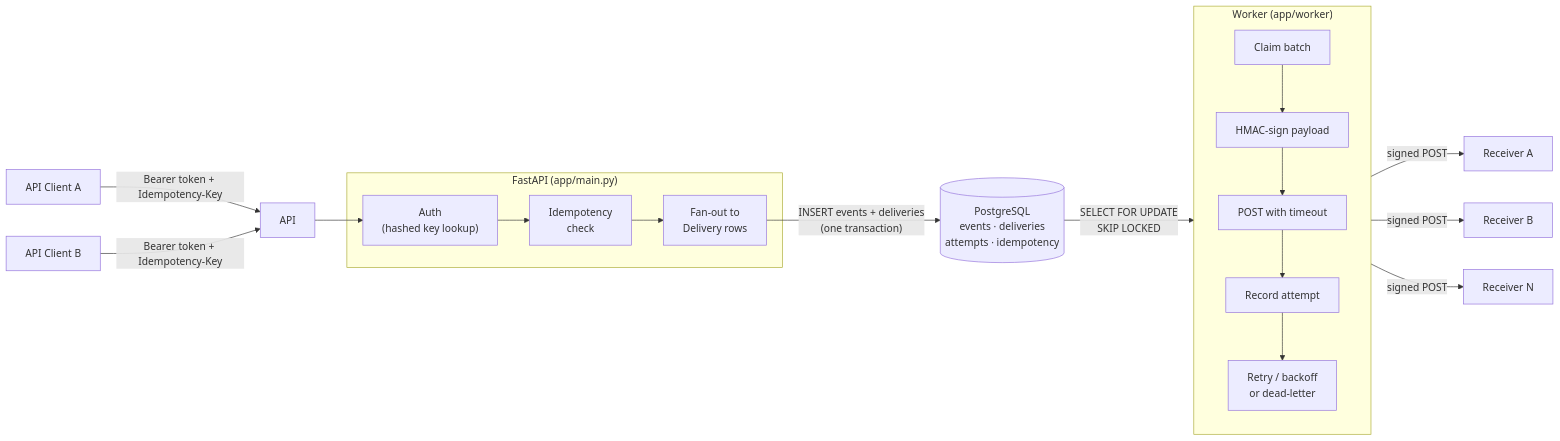
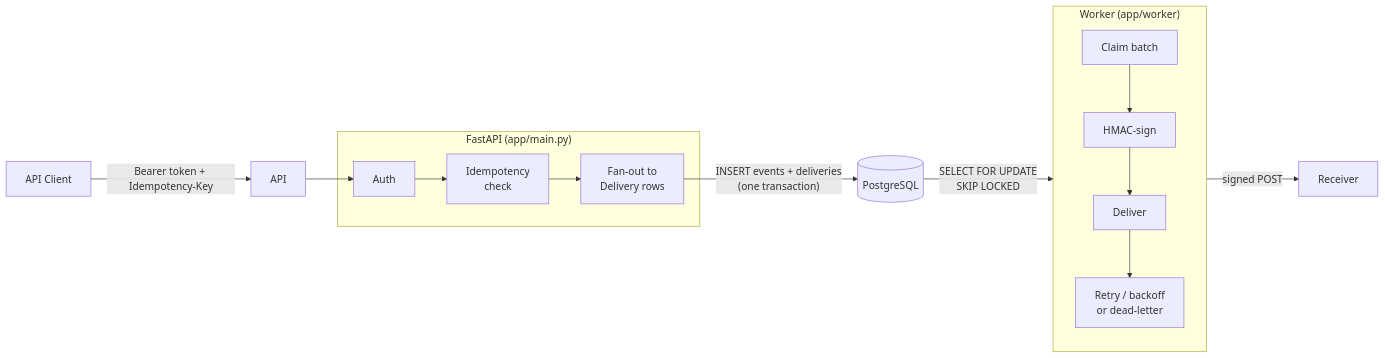
One commit to jinhobh/hookit changed the diagram in README.md. Above: the diagram before and after it, drawn with Mermaid. The commit also changed other lines of this file and 30 other files, not shown here.

````diff
--- a/README.md
+++ b/README.md
@@ -161,31 +47,18 @@
 ```mermaid
 graph LR
-    C1["API Client A"] -->|Bearer token + Idempotency-Key| API
-    C2["API Client B"] -->|Bearer token + Idempotency-Key| API
+    C["API Client"] -->|Bearer token + Idempotency-Key| API
 
     subgraph FastAPI["FastAPI (app/main.py)"]
-        AUTH["Auth\n(hashed key lookup)"]
-        IDEM["Idempotency\ncheck"]
-        FAN["Fan-out to\nDelivery rows"]
-        AUTH --> IDEM --> FAN
+        AUTH["Auth"] --> IDEM["Idempotency\ncheck"] --> FAN["Fan-out to\nDelivery rows"]
     end
 
     API --> AUTH
-
-    FAN -->|"INSERT events + deliveries\n(one transaction)"| PG[("PostgreSQL\nevents · deliveries\nattempts · idempotency")]
-
+    FAN -->|"INSERT events + deliveries\n(one transaction)"| PG[("PostgreSQL")]
     PG -->|"SELECT FOR UPDATE\nSKIP LOCKED"| Worker
 
     subgraph Worker["Worker (app/worker)"]
-        CLAIM["Claim batch"]
-        SIGN["HMAC-sign payload"]
-        POST["POST with timeout"]
-        RECORD["Record attempt"]
-        RETRY["Retry / backoff\nor dead-letter"]
-        CLAIM --> SIGN --> POST --> RECORD --> RETRY
+        CLAIM["Claim batch"] --> SIGN["HMAC-sign"] --> POST["Deliver"] --> RETRY["Retry / backoff\nor dead-letter"]
     end
 
-    Worker -->|"signed POST"| R1["Receiver A"]
-    Worker -->|"signed POST"| R2["Receiver B"]
-    Worker -->|"signed POST"| R3["Receiver N"]
+    Worker -->|"signed POST"| R["Receiver"]
 ```
````
